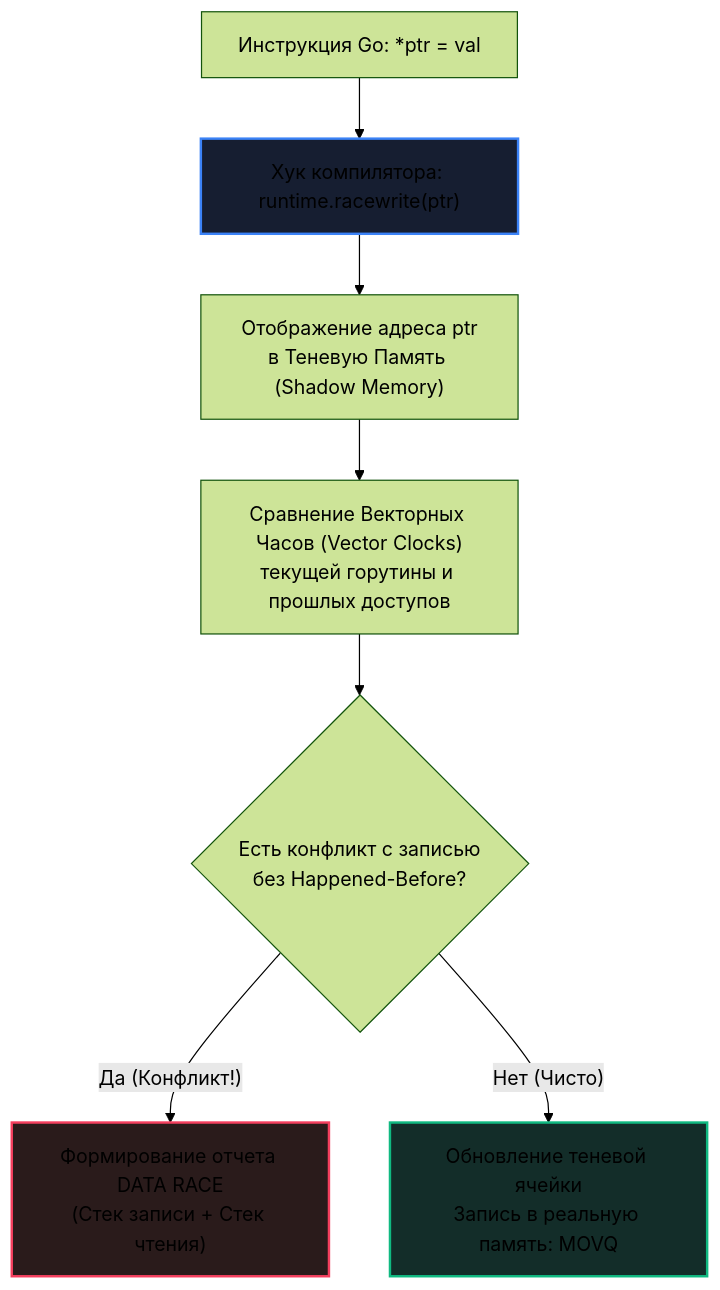
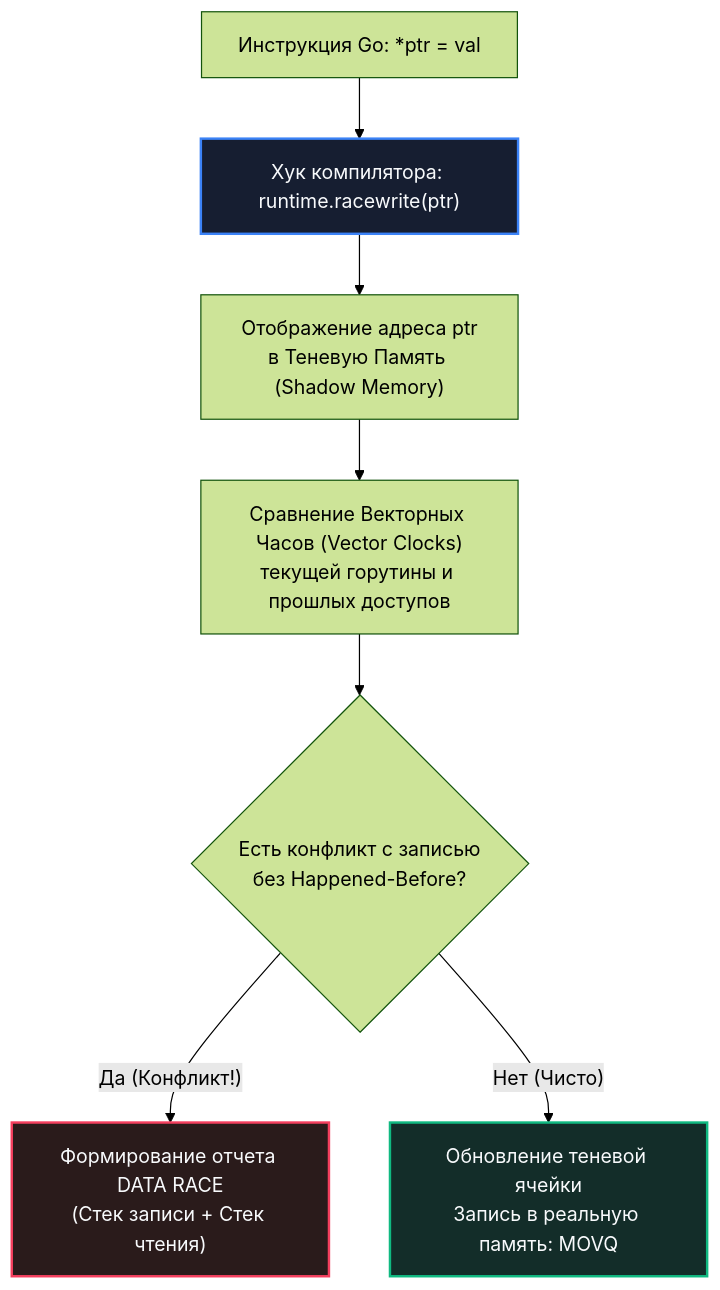
Before and after one commit to UnrealTemplier/go-textbook: the diagram in sources/16. Профилирование, отладка и производительность/11. Debugging/3. Race detector в проде.md, drawn with Mermaid (forest theme). The commit also changed 310 other files, not shown here.

First line of the commit message:
fix(mermaid): replace light fill colors with dark palette for readability on dark theme

````diff
--- a/sources/16. Профилирование, отладка и производительность/11. Debugging/3. Race detector в проде.md
+++ b/sources/16. Профилирование, отладка и производительность/11. Debugging/3. Race detector в проде.md
@@ -52,15 +52,15 @@
 ```mermaid
 flowchart TD
     Instr["Инструкция Go: *ptr = val"] --> Hook["Хук компилятора: runtime.racewrite(ptr)"]
     
     Hook --> Map["Отображение адреса ptr<br>в Теневую Память (Shadow Memory)"]
     Map --> Clock["Сравнение Векторных Часов (Vector Clocks)<br>текущей горутины и прошлых доступов"]
     
     Clock --> Check{"Есть конфликт с записью<br>без Happened-Before?"}
     Check -- "Да (Конфликт!)" --> Report["Формирование отчета DATA RACE<br>(Стек записи + Стек чтения)"]
     Check -- "Нет (Чисто)" --> Update["Обновление теневой ячейки<br>Запись в реальную память: MOVQ"]
     
-    style Hook fill:#161e31,stroke:#3b82f6,stroke-width:2px
-    style Report fill:#2a1b1b,stroke:#f43f5e,stroke-width:2px
-    style Update fill:#132d29,stroke:#10b981,stroke-width:2px
+    style Hook fill:#161e31,stroke:#3b82f6,stroke-width:2px,color:#f8fafc
+    style Report fill:#2a1b1b,stroke:#f43f5e,stroke-width:2px,color:#f8fafc
+    style Update fill:#132d29,stroke:#10b981,stroke-width:2px,color:#f8fafc
 ```
````
